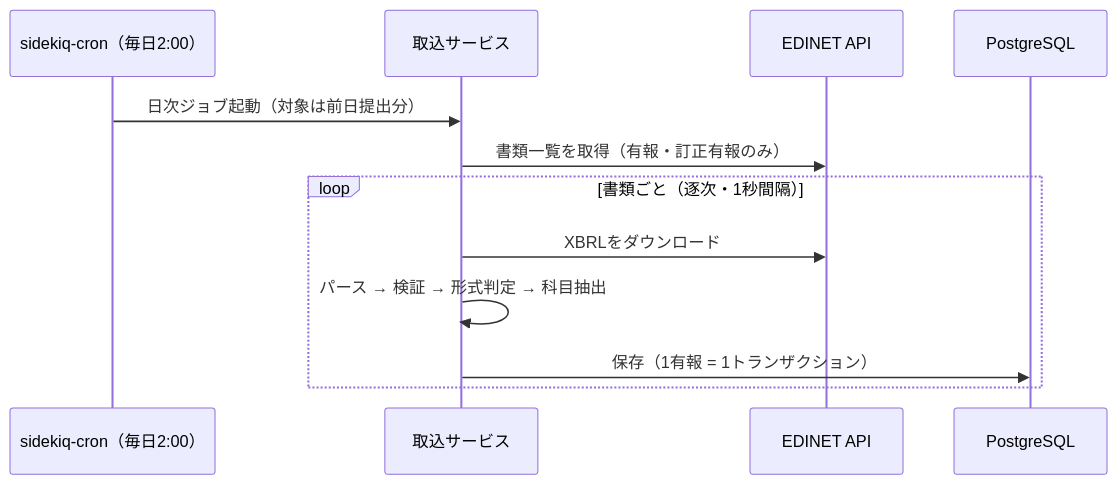
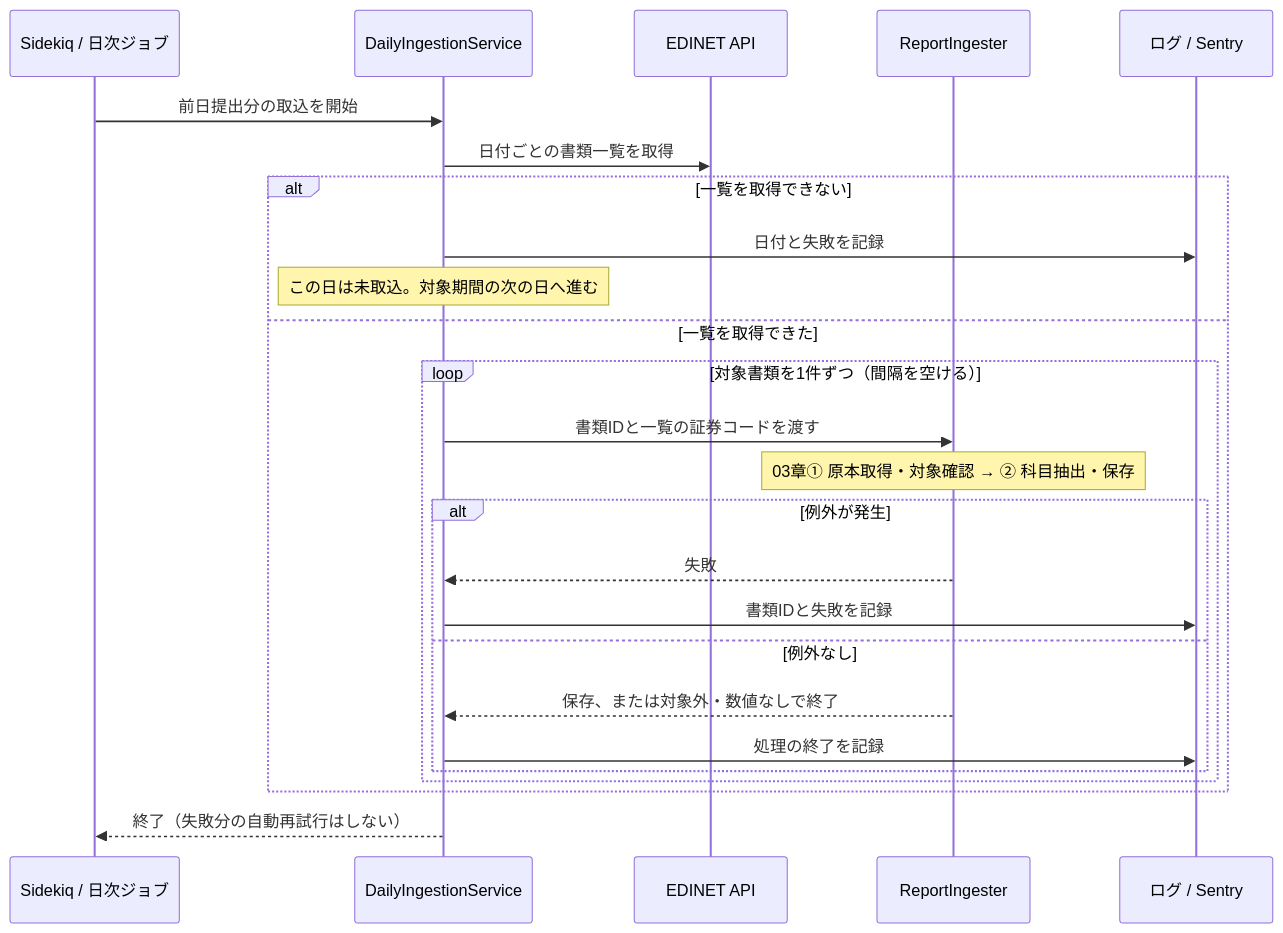
Before and after one commit to shin4488/financial-statement: the second of 4 diagrams in docs/guide/04_system.md, drawn with Mermaid. The commit also changed other lines of this file and 4 other files, not shown here.

First line of the commit message:
update: プロダクト仕様とシステムの処理図を整理する

````diff
--- a/docs/guide/04_system.md
+++ b/docs/guide/04_system.md
@@ -117,15 +119,27 @@
 ```mermaid
 sequenceDiagram
-    participant Cron as sidekiq-cron（毎日2:00）
-    participant Svc as 取込サービス
-    participant Edinet as EDINET API
-    participant DB as PostgreSQL
-
-    Cron->>Svc: 日次ジョブ起動（対象は前日提出分）
-    Svc->>Edinet: 書類一覧を取得（有報・訂正有報のみ）
-    loop 書類ごと（逐次・1秒間隔）
-        Svc->>Edinet: XBRLをダウンロード
-        Svc->>Svc: パース → 検証 → 形式判定 → 科目抽出
-        Svc->>DB: 保存（1有報 = 1トランザクション）
+    participant J as Sidekiq / 日次ジョブ
+    participant S as DailyIngestionService
+    participant E as EDINET API
+    participant I as ReportIngester
+    participant M as ログ / Sentry
+    J->>S: 前日提出分の取込を開始
+    S->>E: 日付ごとの書類一覧を取得
+    alt 一覧を取得できない
+        S->>M: 日付と失敗を記録
+        Note over S: この日は未取込。対象期間の次の日へ進む
+    else 一覧を取得できた
+        loop 対象書類を1件ずつ（間隔を空ける）
+            S->>I: 書類IDと一覧の証券コードを渡す
+            Note over I: 03章① 原本取得・対象確認 → ② 科目抽出・保存
+            alt 例外が発生
+                I-->>S: 失敗
+                S->>M: 書類IDと失敗を記録
+            else 例外なし
+                I-->>S: 保存、または対象外・数値なしで終了
+                S->>M: 処理の終了を記録
+            end
+        end
     end
+    S-->>J: 終了（失敗分の自動再試行はしない）
 ```
````
